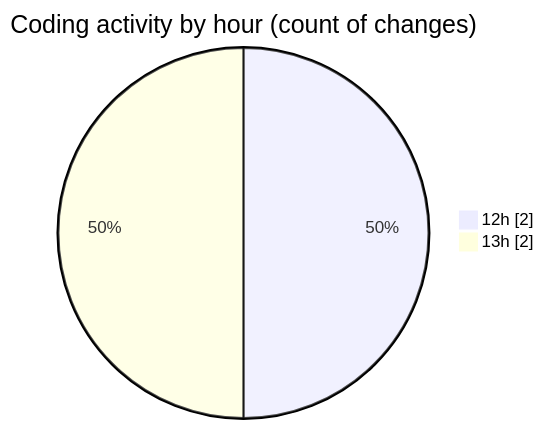
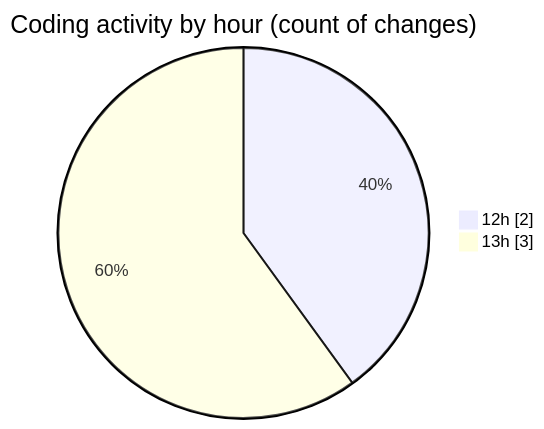
Before and after one commit to NitaiMahat/code-tracking: the second of 2 diagrams in 2025-03-11/inventor/README.md, drawn with Mermaid. The commit also changed other lines of this file and 1 other file, not shown here.

````diff
--- a/2025-03-11/inventor/README.md
+++ b/2025-03-11/inventor/README.md
@@ -29,6 +29,6 @@
 ```mermaid
 pie showData
 title Coding activity by hour (count of changes)
 "12h" : 2
-"13h" : 2
+"13h" : 3
 ```
````
